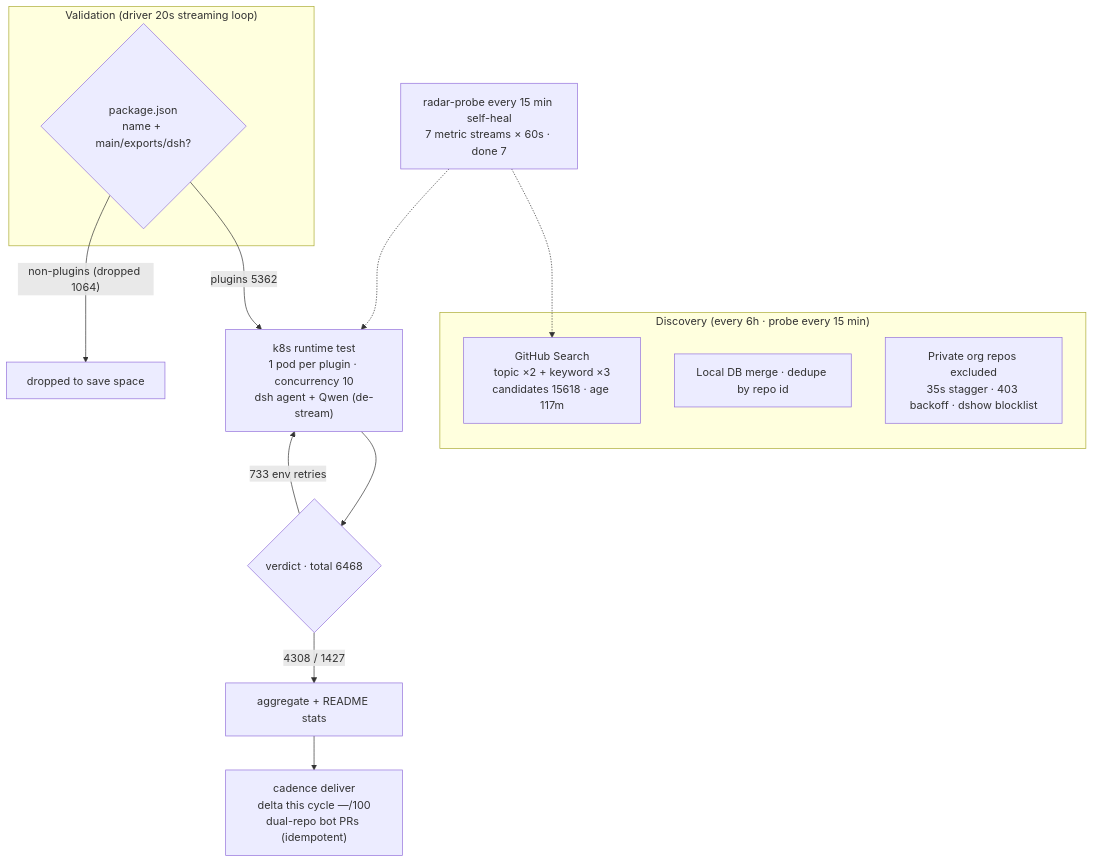
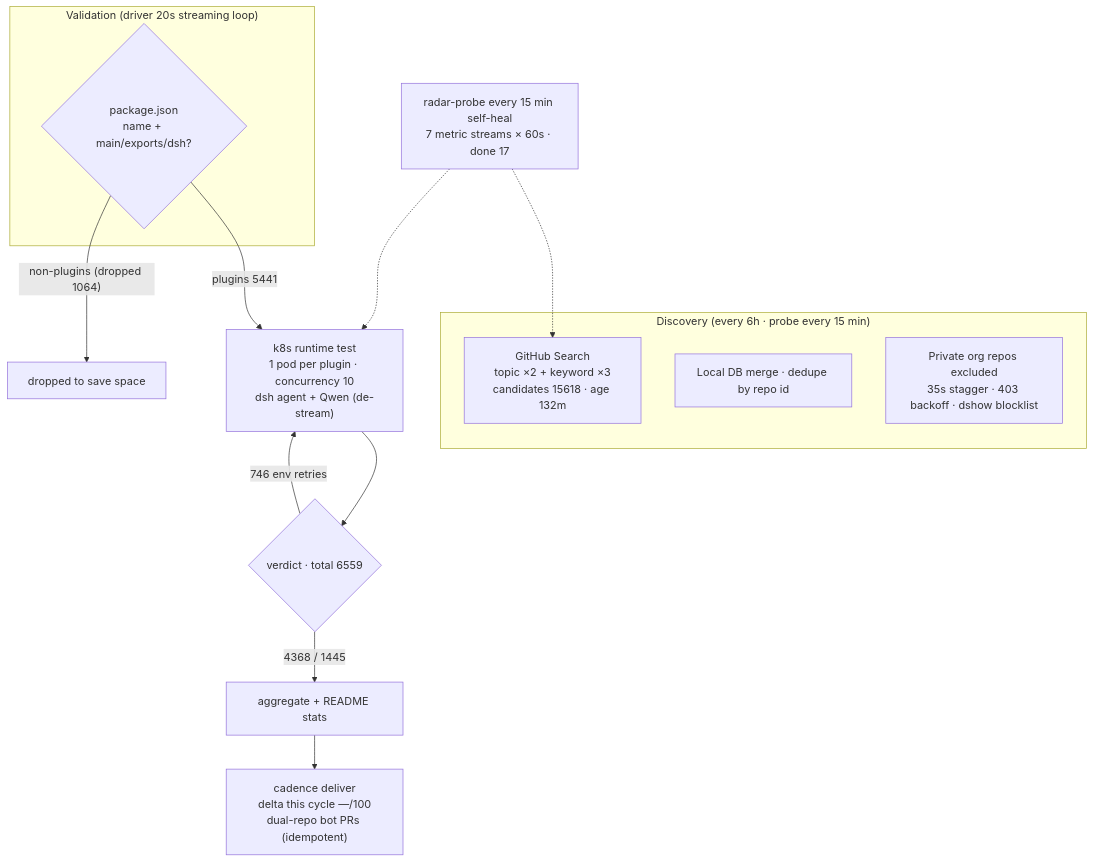
The diagram in README.en-US.md (AdamPlatin123/awesome-dsh-plugins), drawn with Mermaid before and after one commit. The commit also changed other lines of this file and 5 other files, not shown here.

````diff
--- a/README.en-US.md
+++ b/README.en-US.md
@@ -30,20 +30,20 @@
 ```mermaid
 flowchart TB
     subgraph Discovery["Discovery (every 6h · probe every 15 min)"]
-        A1["GitHub Search<br/>topic ×2 + keyword ×3<br/>candidates 15618 · age 117m"]
+        A1["GitHub Search<br/>topic ×2 + keyword ×3<br/>candidates 15618 · age 132m"]
         A2["Local DB merge · dedupe by repo id"]
         A3["Private org repos excluded<br/>35s stagger · 403 backoff · dshow blocklist"]
     end
     subgraph Validation["Validation (driver 20s streaming loop)"]
         B1{"package.json<br/>name + main/exports/dsh?"}
     end
-    B1 -->|"plugins 5362"| C1["k8s runtime test<br/>1 pod per plugin · concurrency 10<br/>dsh agent + Qwen (de-stream)"]
+    B1 -->|"plugins 5441"| C1["k8s runtime test<br/>1 pod per plugin · concurrency 10<br/>dsh agent + Qwen (de-stream)"]
     B1 -->|"non-plugins (dropped 1064)"| B3["dropped to save space"]
-    C1 --> D1{"verdict · total 6468"}
-    D1 -->|"4308 / 1427"| E1["aggregate + README stats"]
-    D1 -->|"733 env retries"| C1
+    C1 --> D1{"verdict · total 6559"}
+    D1 -->|"4368 / 1445"| E1["aggregate + README stats"]
+    D1 -->|"746 env retries"| C1
     E1 --> E2["cadence deliver<br/>delta this cycle —/100<br/>dual-repo bot PRs (idempotent)"]
-    M["radar-probe every 15 min self-heal<br/>7 metric streams × 60s · done 7"]
+    M["radar-probe every 15 min self-heal<br/>7 metric streams × 60s · done 17"]
     M -.-> A1
     M -.-> C1
 ```
````
